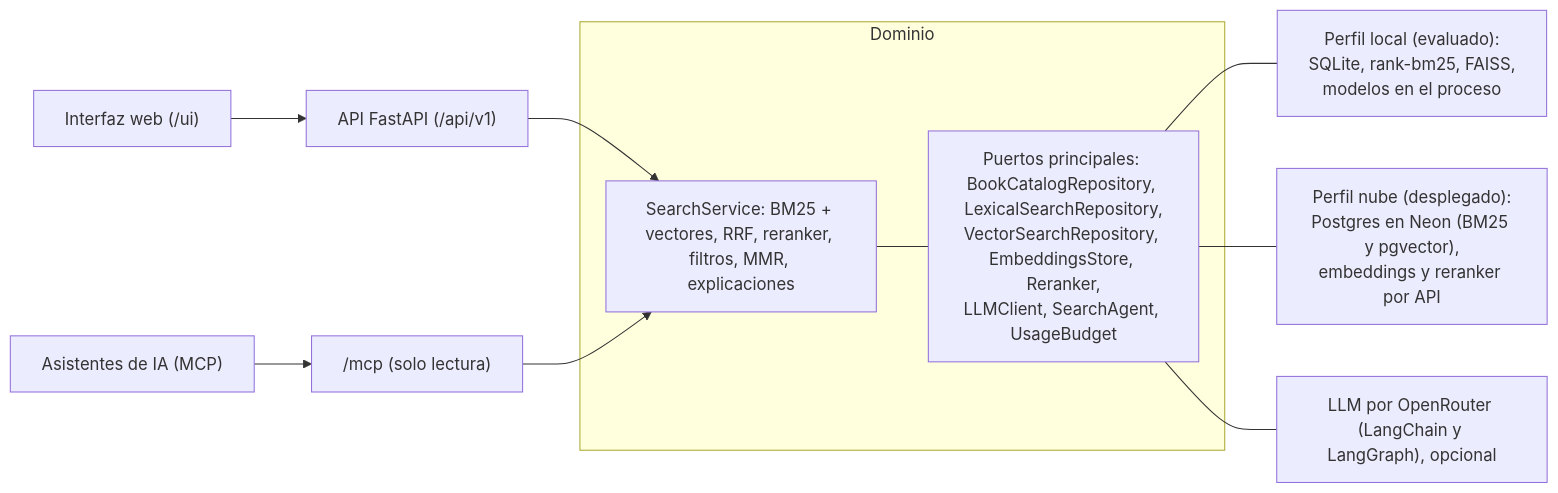
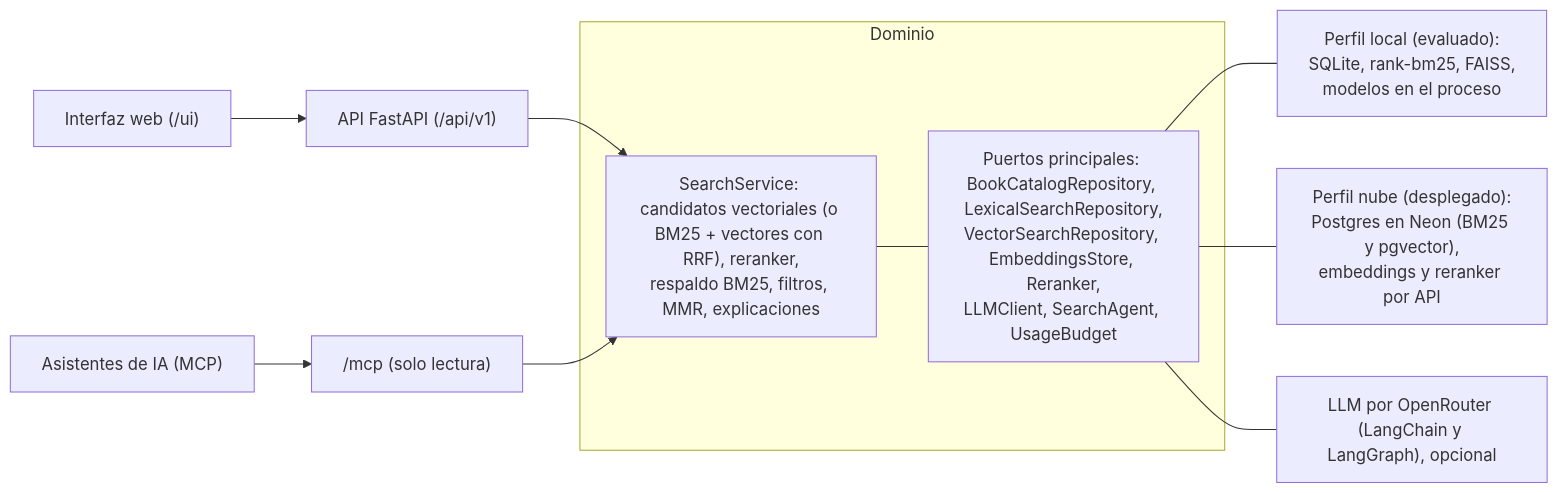
One commit to luisgius/AI-Book-recommender changed the first of 2 diagrams in README.md. Above: the diagram before and after it, drawn with Mermaid. The commit also changed other lines of this file and 2 other files, not shown here.

First line of the commit message:
docs: report the deployed-catalog evaluation and the new search defaults; add the hedge measurement script

````diff
--- a/README.md
+++ b/README.md
@@ -147,15 +155,15 @@
 ```mermaid
 flowchart LR
     UI["Interfaz web (/ui)"] --> API
     MCPC["Asistentes de IA (MCP)"] --> MCP["/mcp (solo lectura)"]
     API["API FastAPI (/api/v1)"] --> S
     MCP --> S
     subgraph Dominio
-      S["SearchService: BM25 + vectores, RRF, reranker, filtros, MMR, explicaciones"]
+      S["SearchService: candidatos vectoriales (o BM25 + vectores con RRF), reranker,<br/>respaldo BM25, filtros, MMR, explicaciones"]
       P["Puertos principales: BookCatalogRepository, LexicalSearchRepository,<br/>VectorSearchRepository, EmbeddingsStore, Reranker,<br/>LLMClient, SearchAgent, UsageBudget"]
     end
     S --- P
     P --- L["Perfil local (evaluado):<br/>SQLite, rank-bm25, FAISS,<br/>modelos en el proceso"]
     P --- C["Perfil nube (desplegado):<br/>Postgres en Neon (BM25 y pgvector),<br/>embeddings y reranker por API"]
     P --- LLM["LLM por OpenRouter (LangChain y LangGraph), opcional"]
 ```
````
